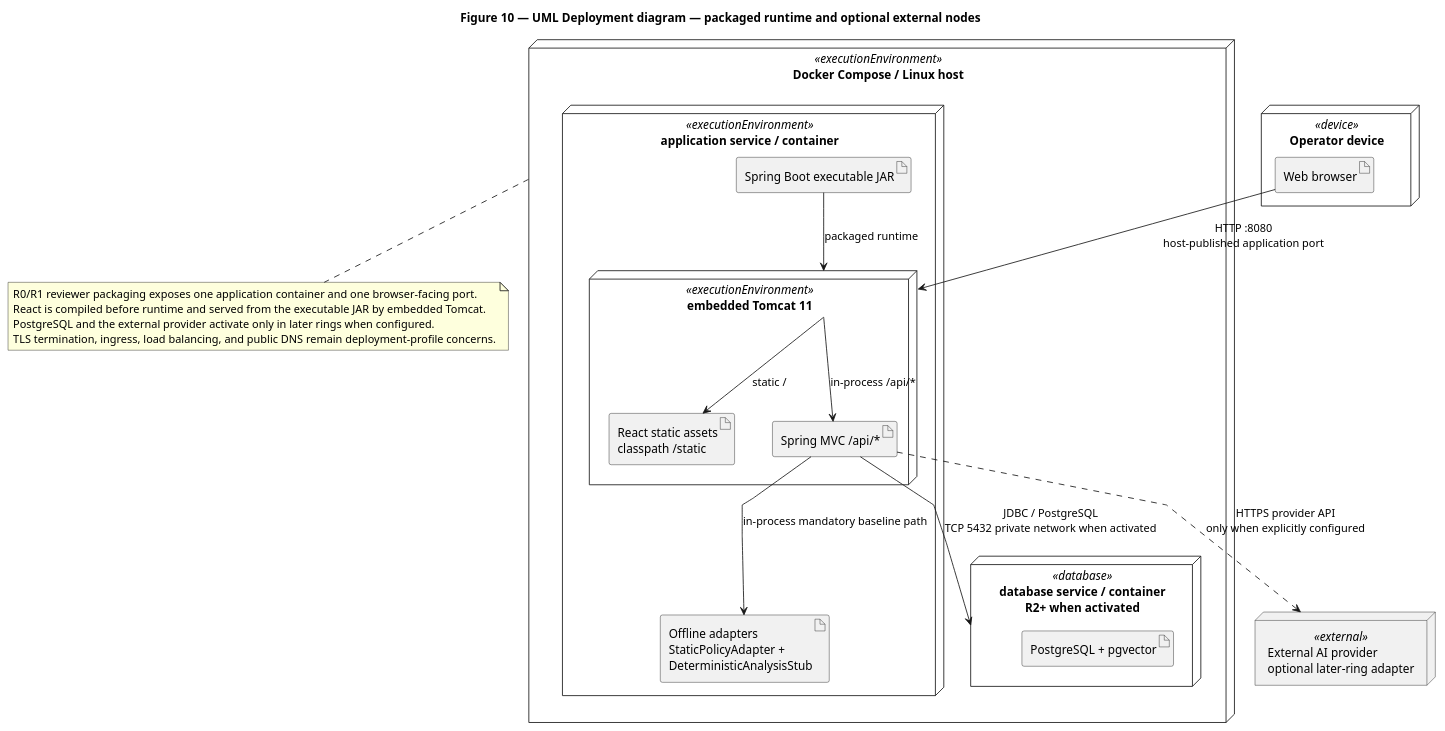
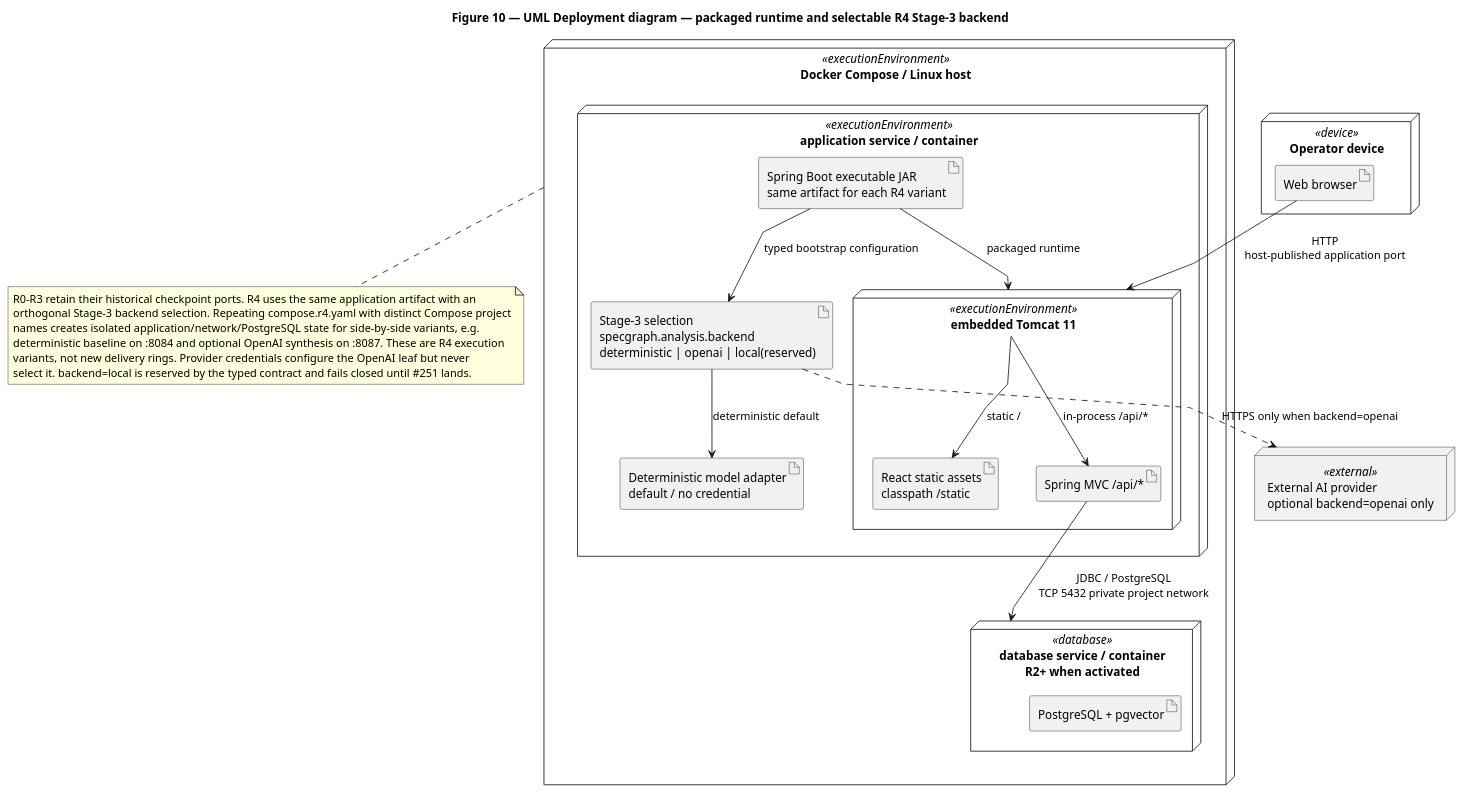
The diagram in docs/assignment/SDD/diagrams/deployment-topology.puml (jdoe-dev-159753/specgraph-reference-app), drawn with PlantUML before and after one commit.

Commit message:
docs: show invocation-level R4 backend variants

```diff
--- a/docs/assignment/SDD/diagrams/deployment-topology.puml
+++ b/docs/assignment/SDD/diagrams/deployment-topology.puml
@@ -1,43 +1,47 @@
 @startuml
-title Figure 10 — UML Deployment diagram — packaged runtime and optional external nodes
+title Figure 10 — UML Deployment diagram — packaged runtime and selectable R4 Stage-3 backend
 top to bottom direction
 skinparam linetype polyline
 skinparam nodesep 45
 skinparam ranksep 55
 
 node "Operator device" as Device <<device>> {
   artifact "Web browser" as Browser
 }
 
 node "Docker Compose / Linux host" as Host <<executionEnvironment>> {
   node "application service / container" as App <<executionEnvironment>> {
     node "embedded Tomcat 11" as Tomcat <<executionEnvironment>> {
       artifact "React static assets\nclasspath /static" as React
       artifact "Spring MVC /api/*" as Api
     }
-    artifact "Spring Boot executable JAR" as Jar
-    artifact "Offline adapters\nStaticPolicyAdapter +\nDeterministicAnalysisStub" as Offline
+    artifact "Spring Boot executable JAR\nsame artifact for each R4 variant" as Jar
+    artifact "Stage-3 selection\nspecgraph.analysis.backend\ndeterministic | openai | local(reserved)" as BackendSelection
+    artifact "Deterministic model adapter\ndefault / no credential" as Offline
   }
 
   node "database service / container\nR2+ when activated" as DB <<database>> {
     artifact "PostgreSQL + pgvector" as PostgreSQL
   }
 }
 
-node "External AI provider\noptional later-ring adapter" as Provider <<external>>
+node "External AI provider\noptional backend=openai only" as Provider <<external>>
 
-Browser --> Tomcat : HTTP :8080\nhost-published application port
+Browser --> Tomcat : HTTP\nhost-published application port
 Tomcat --> React : static /
 Tomcat --> Api : in-process /api/*
 Jar --> Tomcat : packaged runtime
-Api --> DB : JDBC / PostgreSQL\nTCP 5432 private network when activated
-Api ..> Provider : HTTPS provider API\nonly when explicitly configured
-Api --> Offline : in-process mandatory baseline path
+Api --> DB : JDBC / PostgreSQL\nTCP 5432 private project network
+Jar --> BackendSelection : typed bootstrap configuration
+BackendSelection --> Offline : deterministic default
+BackendSelection ..> Provider : HTTPS only when backend=openai
 
 note bottom of Host
-  R0/R1 reviewer packaging exposes one application container and one browser-facing port.
-  React is compiled before runtime and served from the executable JAR by embedded Tomcat.
-  PostgreSQL and the external provider activate only in later rings when configured.
-  TLS termination, ingress, load balancing, and public DNS remain deployment-profile concerns.
+  R0-R3 retain their historical checkpoint ports. R4 uses the same application artifact with an
+  orthogonal Stage-3 backend selection. Repeating compose.r4.yaml with distinct Compose project
+  names creates isolated application/network/PostgreSQL state for side-by-side variants, e.g.
+  deterministic baseline on :8084 and optional OpenAI synthesis on :8087. These are R4 execution
+  variants, not new delivery rings. Provider credentials configure the OpenAI leaf but never
+  select it. backend=local is reserved by the typed contract and fails closed until #251 lands.
 end note
 @enduml
```
